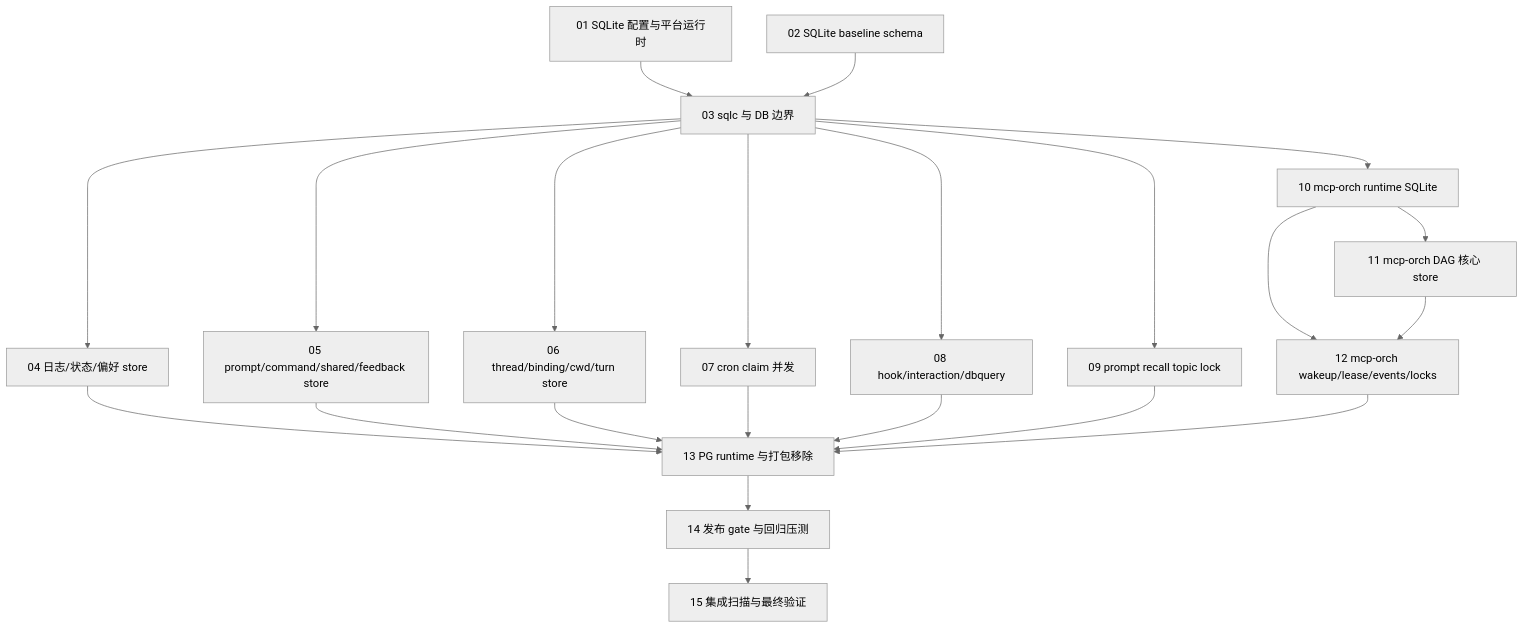
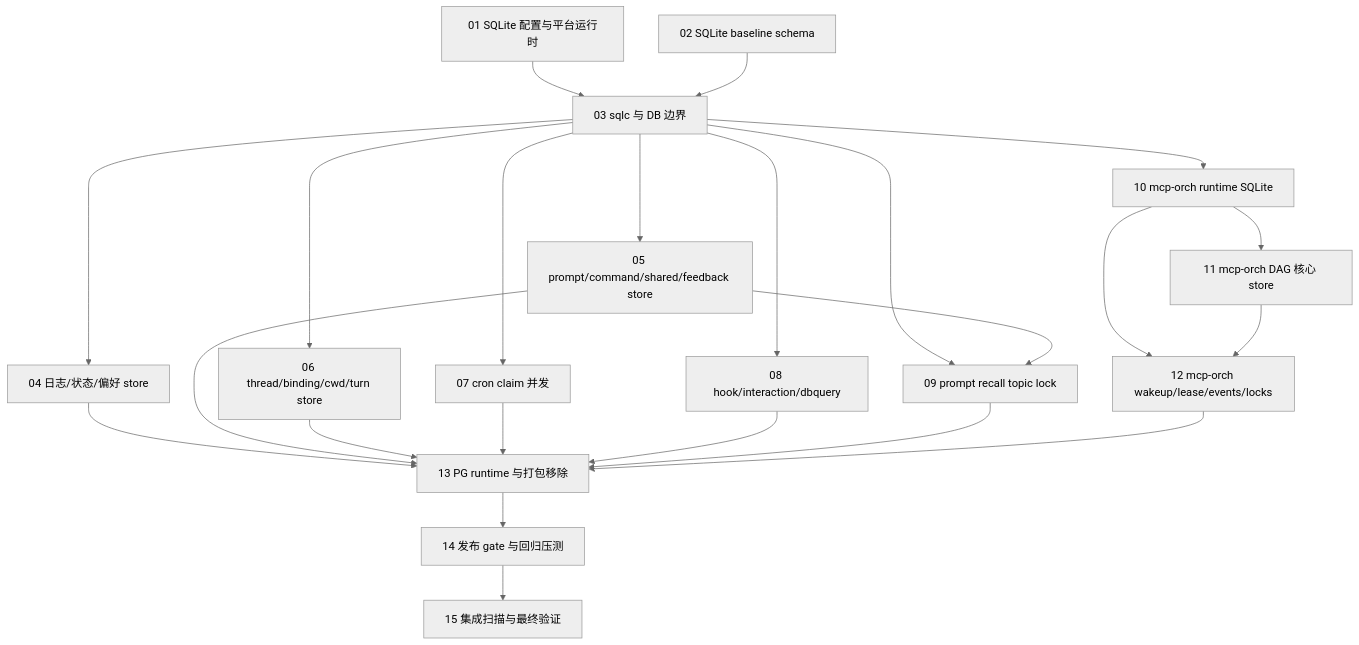
One commit to lihah111222333-cloud/Super-Dolphin-Agent-Cockpit changed the diagram in docs/cc/数据库切换/dags/README.md. Above: the diagram before and after it, drawn with Mermaid (neutral theme). The commit also changed other lines of this file and 9 other files, not shown here.

````diff
--- a/docs/cc/数据库切换/dags/README.md
+++ b/docs/cc/数据库切换/dags/README.md
@@ -40,40 +41,41 @@
 ```mermaid
 flowchart TD
   T01["01 SQLite 配置与平台运行时"]
   T02["02 SQLite baseline schema"]
   T03["03 sqlc 与 DB 边界"]
   T04["04 日志/状态/偏好 store"]
   T05["05 prompt/command/shared/feedback store"]
   T06["06 thread/binding/cwd/turn store"]
   T07["07 cron claim 并发"]
   T08["08 hook/interaction/dbquery"]
   T09["09 prompt recall topic lock"]
   T10["10 mcp-orch runtime SQLite"]
   T11["11 mcp-orch DAG 核心 store"]
   T12["12 mcp-orch wakeup/lease/events/locks"]
   T13["13 PG runtime 与打包移除"]
   T14["14 发布 gate 与回归压测"]
   T15["15 集成扫描与最终验证"]
 
   T01 --> T03
   T02 --> T03
   T03 --> T04
   T03 --> T05
   T03 --> T06
   T03 --> T07
   T03 --> T08
   T03 --> T09
   T03 --> T10
+  T05 --> T09
   T10 --> T11
   T10 --> T12
   T11 --> T12
   T04 --> T13
   T05 --> T13
   T06 --> T13
   T07 --> T13
   T08 --> T13
   T09 --> T13
   T12 --> T13
   T13 --> T14
   T14 --> T15
 ```
````
